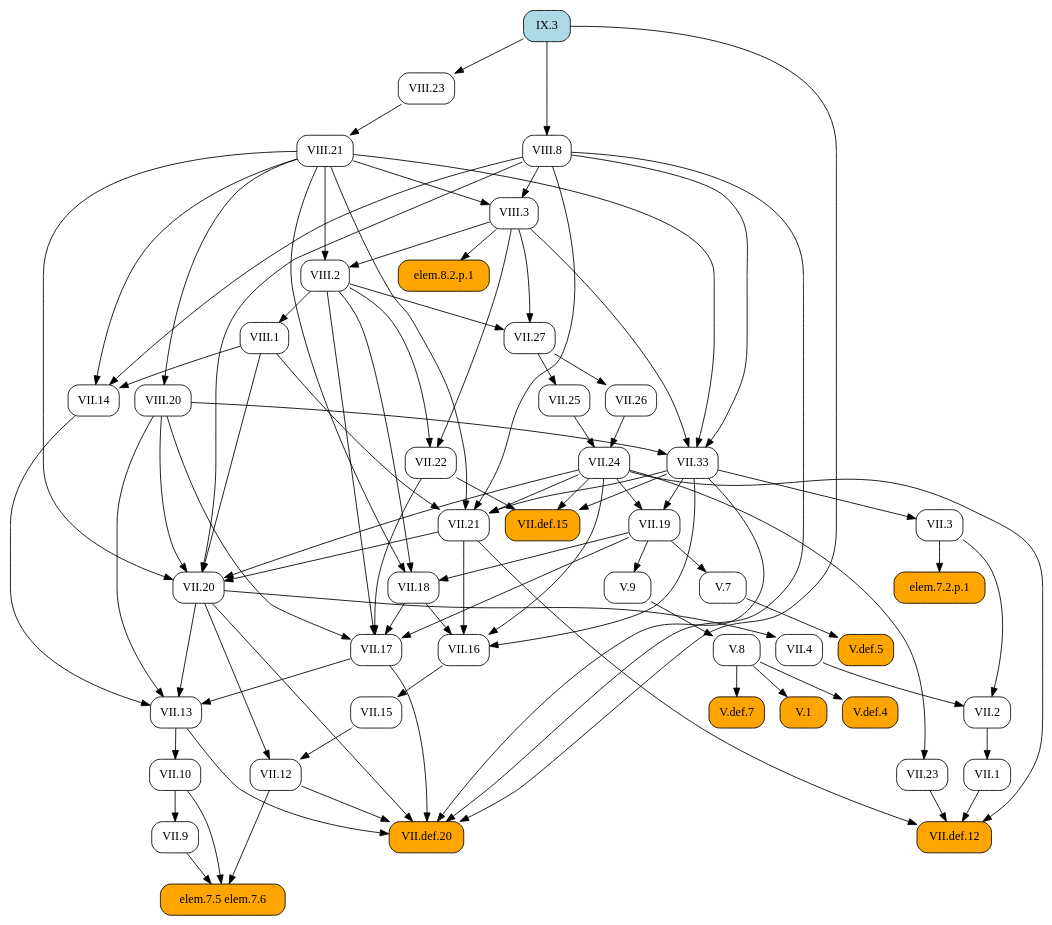
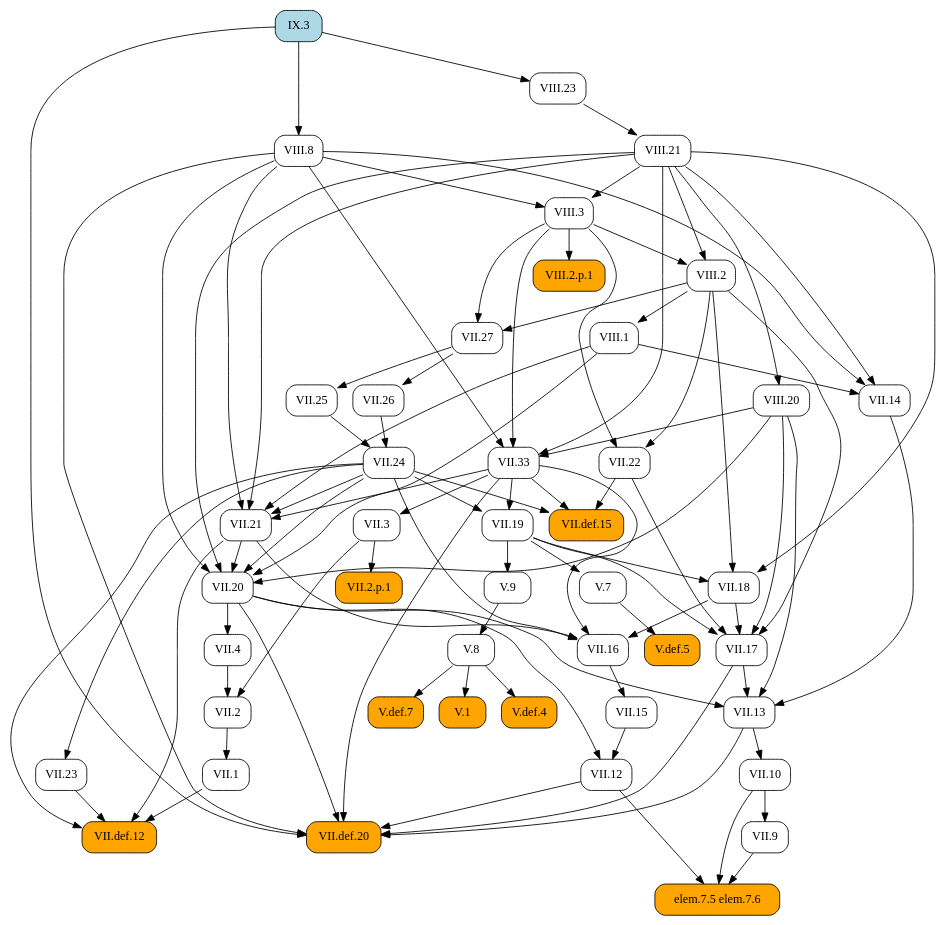
Before and after one commit to geometor/elements: the diagram in docsrc/heath/IX/3/index.rst, drawn with Graphviz. The commit also changed 484 other files, not shown here.

```diff
--- a/docsrc/heath/IX/3/index.rst
+++ b/docsrc/heath/IX/3/index.rst
@@ -52,132 +52,96 @@
    digraph {
      rankdir="TB";
      node [shape=box, style=rounded];
+     "VII.33" [URL="/heath/VII/33/", target="_top"];
+     "VII.12" [URL="/heath/VII/12/", target="_top"];
+     "elem.7.5 elem.7.6" [style="rounded,filled", fillcolor=orange];
+     "VIII.20" [URL="/heath/VIII/20/", target="_top"];
+     "VII.9" [URL="/heath/VII/9/", target="_top"];
+     "VIII.2" [URL="/heath/VIII/2/", target="_top"];
+     "VII.18" [URL="/heath/VII/18/", target="_top"];
+     "VII.16" [URL="/heath/VII/16/", target="_top"];
+     "V.7" [URL="/heath/V/7/", target="_top"];
+     "VII.26" [URL="/heath/VII/26/", target="_top"];
+     "V.def.5" [style="rounded,filled", fillcolor=orange, URL="/heath/V/def.5/", target="_top"];
+     "V.9" [URL="/heath/V/9/", target="_top"];
+     "VIII.8" [URL="/heath/VIII/8/", target="_top"];
+     "VII.10" [URL="/heath/VII/10/", target="_top"];
+     "VIII.3" [URL="/heath/VIII/3/", target="_top"];
+     "VII.13" [URL="/heath/VII/13/", target="_top"];
+     "VIII.23" [URL="/heath/VIII/23/", target="_top"];
+     "VII.def.15" [style="rounded,filled", fillcolor=orange, URL="/heath/VII/def.15/", target="_top"];
+     "VIII.2.p.1" [style="rounded,filled", fillcolor=orange];
+     "VII.19" [URL="/heath/VII/19/", target="_top"];
+     "VII.17" [URL="/heath/VII/17/", target="_top"];
+     "VII.2" [URL="/heath/VII/2/", target="_top"];
+     "VII.def.20" [style="rounded,filled", fillcolor=orange, URL="/heath/VII/def.20/", target="_top"];
+     "VII.2.p.1" [style="rounded,filled", fillcolor=orange];
+     "VII.15" [URL="/heath/VII/15/", target="_top"];
+     "V.def.4" [style="rounded,filled", fillcolor=orange, URL="/heath/V/def.4/", target="_top"];
+     "V.def.7" [style="rounded,filled", fillcolor=orange, URL="/heath/V/def.7/", target="_top"];
+     "VII.14" [URL="/heath/VII/14/", target="_top"];
+     "VIII.21" [URL="/heath/VIII/21/", target="_top"];
+     "VII.27" [URL="/heath/VII/27/", target="_top"];
+     "VII.21" [URL="/heath/VII/21/", target="_top"];
+     "VII.22" [URL="/heath/VII/22/", target="_top"];
+     "VII.25" [URL="/heath/VII/25/", target="_top"];
+     "VIII.1" [URL="/heath/VIII/1/", target="_top"];
      "VII.1" [URL="/heath/VII/1/", target="_top"];
-     "VII.9" [URL="/heath/VII/9/", target="_top"];
-     "V.def.5" [style="rounded,filled", fillcolor=orange, URL="/heath/V/def.5/", target="_top"];
-     "VIII.23" [URL="/heath/VIII/23/", target="_top"];
+     "V.8" [URL="/heath/V/8/", target="_top"];
+     "VII.23" [URL="/heath/VII/23/", target="_top"];
+     "VII.4" [URL="/heath/VII/4/", target="_top"];
+     "VII.def.12" [style="rounded,filled", fillcolor=orange, URL="/heath/VII/def.12/", target="_top"];
+     "V.1" [style="rounded,filled", fillcolor=orange, URL="/heath/V/1/", target="_top"];
      "VII.3" [URL="/heath/VII/3/", target="_top"];
-     "VII.17" [URL="/heath/VII/17/", target="_top"];
-     "elem.7.5 elem.7.6" [style="rounded,filled", fillcolor=orange];
-     "VIII.21" [URL="/heath/VIII/21/", target="_top"];
+     "VII.24" [URL="/heath/VII/24/", target="_top"];
+     "VII.20" [URL="/heath/VII/20/", target="_top"];
      "IX.3" [style="rounded,filled", fillcolor=lightblue, URL="/heath/IX/3/", target="_top"];
-     "V.7" [URL="/heath/V/7/", target="_top"];
-     "V.9" [URL="/heath/V/9/", target="_top"];
-     "VII.13" [URL="/heath/VII/13/", target="_top"];
-     "VII.2" [URL="/heath/VII/2/", target="_top"];
-     "VIII.1" [URL="/heath/VIII/1/", target="_top"];
-     "VIII.2" [URL="/heath/VIII/2/", target="_top"];
-     "VII.12" [URL="/heath/VII/12/", target="_top"];
-     "VII.24" [URL="/heath/VII/24/", target="_top"];
-     "VII.def.12" [style="rounded,filled", fillcolor=orange, URL="/heath/VII/def.12/", target="_top"];
-     "V.8" [URL="/heath/V/8/", target="_top"];
-     "VII.33" [URL="/heath/VII/33/", target="_top"];
-     "elem.7.2.p.1" [style="rounded,filled", fillcolor=orange];
-     "VII.10" [URL="/heath/VII/10/", target="_top"];
-     "VII.def.15" [style="rounded,filled", fillcolor=orange, URL="/heath/VII/def.15/", target="_top"];
-     "VII.18" [URL="/heath/VII/18/", target="_top"];
-     "VII.19" [URL="/heath/VII/19/", target="_top"];
-     "VII.16" [URL="/heath/VII/16/", target="_top"];
-     "VII.26" [URL="/heath/VII/26/", target="_top"];
-     "VII.4" [URL="/heath/VII/4/", target="_top"];
-     "VII.25" [URL="/heath/VII/25/", target="_top"];
-     "VII.21" [URL="/heath/VII/21/", target="_top"];
-     "V.1" [style="rounded,filled", fillcolor=orange, URL="/heath/V/1/", target="_top"];
-     "VII.20" [URL="/heath/VII/20/", target="_top"];
-     "VIII.8" [URL="/heath/VIII/8/", target="_top"];
-     "VII.14" [URL="/heath/VII/14/", target="_top"];
-     "VII.27" [URL="/heath/VII/27/", target="_top"];
-     "VIII.3" [URL="/heath/VIII/3/", target="_top"];
-     "V.def.4" [style="rounded,filled", fillcolor=orange, URL="/heath/V/def.4/", target="_top"];
-     "VII.22" [URL="/heath/VII/22/", target="_top"];
-     "VIII.20" [URL="/heath/VIII/20/", target="_top"];
-     "V.def.7" [style="rounded,filled", fillcolor=orange, URL="/heath/V/def.7/", target="_top"];
-     "VII.23" [URL="/heath/VII/23/", target="_top"];
-     "VII.15" [URL="/heath/VII/15/", target="_top"];
-     "VII.def.20" [style="rounded,filled", fillcolor=orange, URL="/heath/VII/def.20/", target="_top"];
-     "elem.8.2.p.1" [style="rounded,filled", fillcolor=orange];
-     "VII.2" -> "VII.1";
+     "VIII.3" -> "VII.33";
+     "VIII.8" -> "VII.33";
+     "VIII.20" -> "VII.33";
+     "VIII.21" -> "VII.33";
+     "VII.15" -> "VII.12";
+     "VII.20" -> "VII.12";
+     "VII.9" -> "elem.7.5 elem.7.6";
+     "VII.10" -> "elem.7.5 elem.7.6";
+     "VII.12" -> "elem.7.5 elem.7.6";
+     "VIII.21" -> "VIII.20";
      "VII.10" -> "VII.9";
+     "VIII.3" -> "VIII.2";
+     "VIII.21" -> "VIII.2";
+     "VII.19" -> "VII.18";
+     "VIII.2" -> "VII.18";
+     "VIII.21" -> "VII.18";
+     "VII.18" -> "VII.16";
+     "VII.21" -> "VII.16";
+     "VII.24" -> "VII.16";
+     "VII.33" -> "VII.16";
+     "VII.19" -> "V.7";
+     "VII.27" -> "VII.26";
      "V.7" -> "V.def.5";
+     "VII.19" -> "V.9";
+     "IX.3" -> "VIII.8";
+     "VII.13" -> "VII.10";
+     "VIII.8" -> "VIII.3";
+     "VIII.21" -> "VIII.3";
+     "VII.14" -> "VII.13";
+     "VII.17" -> "VII.13";
+     "VII.20" -> "VII.13";
+     "VIII.20" -> "VII.13";
      "IX.3" -> "VIII.23";
-     "VII.33" -> "VII.3";
+     "VII.22" -> "VII.def.15";
+     "VII.24" -> "VII.def.15";
+     "VII.33" -> "VII.def.15";
+     "VIII.3" -> "VIII.2.p.1";
+     "VII.24" -> "VII.19";
+     "VII.33" -> "VII.19";
      "VII.18" -> "VII.17";
      "VII.19" -> "VII.17";
      "VII.22" -> "VII.17";
      "VIII.2" -> "VII.17";
      "VIII.20" -> "VII.17";
-     "VII.9" -> "elem.7.5 elem.7.6";
-     "VII.10" -> "elem.7.5 elem.7.6";
-     "VII.12" -> "elem.7.5 elem.7.6";
-     "VIII.23" -> "VIII.21";
-     "VII.19" -> "V.7";
-     "VII.19" -> "V.9";
-     "VII.14" -> "VII.13";
-     "VII.17" -> "VII.13";
-     "VII.20" -> "VII.13";
-     "VIII.20" -> "VII.13";
      "VII.3" -> "VII.2";
      "VII.4" -> "VII.2";
-     "VIII.2" -> "VIII.1";
-     "VIII.3" -> "VIII.2";
-     "VIII.21" -> "VIII.2";
-     "VII.15" -> "VII.12";
-     "VII.20" -> "VII.12";
-     "VII.25" -> "VII.24";
-     "VII.26" -> "VII.24";
-     "VII.1" -> "VII.def.12";
-     "VII.21" -> "VII.def.12";
-     "VII.23" -> "VII.def.12";
-     "VII.24" -> "VII.def.12";
-     "V.9" -> "V.8";
-     "VIII.3" -> "VII.33";
-     "VIII.8" -> "VII.33";
-     "VIII.20" -> "VII.33";
-     "VIII.21" -> "VII.33";
-     "VII.3" -> "elem.7.2.p.1";
-     "VII.13" -> "VII.10";
-     "VII.22" -> "VII.def.15";
-     "VII.24" -> "VII.def.15";
-     "VII.33" -> "VII.def.15";
-     "VII.19" -> "VII.18";
-     "VIII.2" -> "VII.18";
-     "VIII.21" -> "VII.18";
-     "VII.24" -> "VII.19";
-     "VII.33" -> "VII.19";
-     "VII.18" -> "VII.16";
-     "VII.21" -> "VII.16";
-     "VII.24" -> "VII.16";
-     "VII.33" -> "VII.16";
-     "VII.27" -> "VII.26";
-     "VII.20" -> "VII.4";
-     "VII.27" -> "VII.25";
-     "VII.24" -> "VII.21";
-     "VII.33" -> "VII.21";
-     "VIII.1" -> "VII.21";
-     "VIII.8" -> "VII.21";
-     "VIII.21" -> "VII.21";
-     "V.8" -> "V.1";
-     "VII.21" -> "VII.20";
-     "VII.24" -> "VII.20";
-     "VIII.1" -> "VII.20";
-     "VIII.8" -> "VII.20";
-     "VIII.20" -> "VII.20";
-     "VIII.21" -> "VII.20";
-     "IX.3" -> "VIII.8";
-     "VIII.1" -> "VII.14";
-     "VIII.8" -> "VII.14";
-     "VIII.21" -> "VII.14";
-     "VIII.2" -> "VII.27";
-     "VIII.3" -> "VII.27";
-     "VIII.8" -> "VIII.3";
-     "VIII.21" -> "VIII.3";
-     "V.8" -> "V.def.4";
-     "VIII.2" -> "VII.22";
-     "VIII.3" -> "VII.22";
-     "VIII.21" -> "VIII.20";
-     "V.8" -> "V.def.7";
-     "VII.24" -> "VII.23";
-     "VII.16" -> "VII.15";
      "VII.12" -> "VII.def.20";
      "VII.13" -> "VII.def.20";
      "VII.17" -> "VII.def.20";
@@ -185,5 +149,41 @@
      "VII.33" -> "VII.def.20";
      "VIII.8" -> "VII.def.20";
      "IX.3" -> "VII.def.20";
-     "VIII.3" -> "elem.8.2.p.1";
+     "VII.3" -> "VII.2.p.1";
+     "VII.16" -> "VII.15";
+     "V.8" -> "V.def.4";
+     "V.8" -> "V.def.7";
+     "VIII.1" -> "VII.14";
+     "VIII.8" -> "VII.14";
+     "VIII.21" -> "VII.14";
+     "VIII.23" -> "VIII.21";
+     "VIII.2" -> "VII.27";
+     "VIII.3" -> "VII.27";
+     "VII.24" -> "VII.21";
+     "VII.33" -> "VII.21";
+     "VIII.1" -> "VII.21";
+     "VIII.8" -> "VII.21";
+     "VIII.21" -> "VII.21";
+     "VIII.2" -> "VII.22";
+     "VIII.3" -> "VII.22";
+     "VII.27" -> "VII.25";
+     "VIII.2" -> "VIII.1";
+     "VII.2" -> "VII.1";
+     "V.9" -> "V.8";
+     "VII.24" -> "VII.23";
+     "VII.20" -> "VII.4";
+     "VII.1" -> "VII.def.12";
+     "VII.21" -> "VII.def.12";
+     "VII.23" -> "VII.def.12";
+     "VII.24" -> "VII.def.12";
+     "V.8" -> "V.1";
+     "VII.33" -> "VII.3";
+     "VII.25" -> "VII.24";
+     "VII.26" -> "VII.24";
+     "VII.21" -> "VII.20";
+     "VII.24" -> "VII.20";
+     "VIII.1" -> "VII.20";
+     "VIII.8" -> "VII.20";
+     "VIII.20" -> "VII.20";
+     "VIII.21" -> "VII.20";
    }
```
